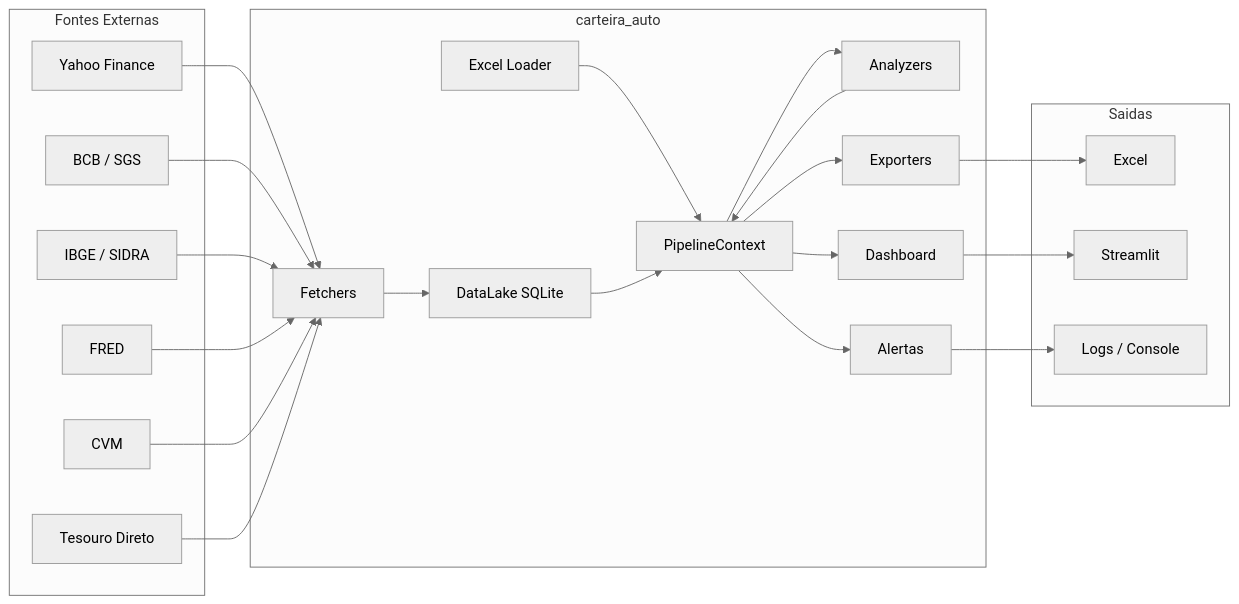
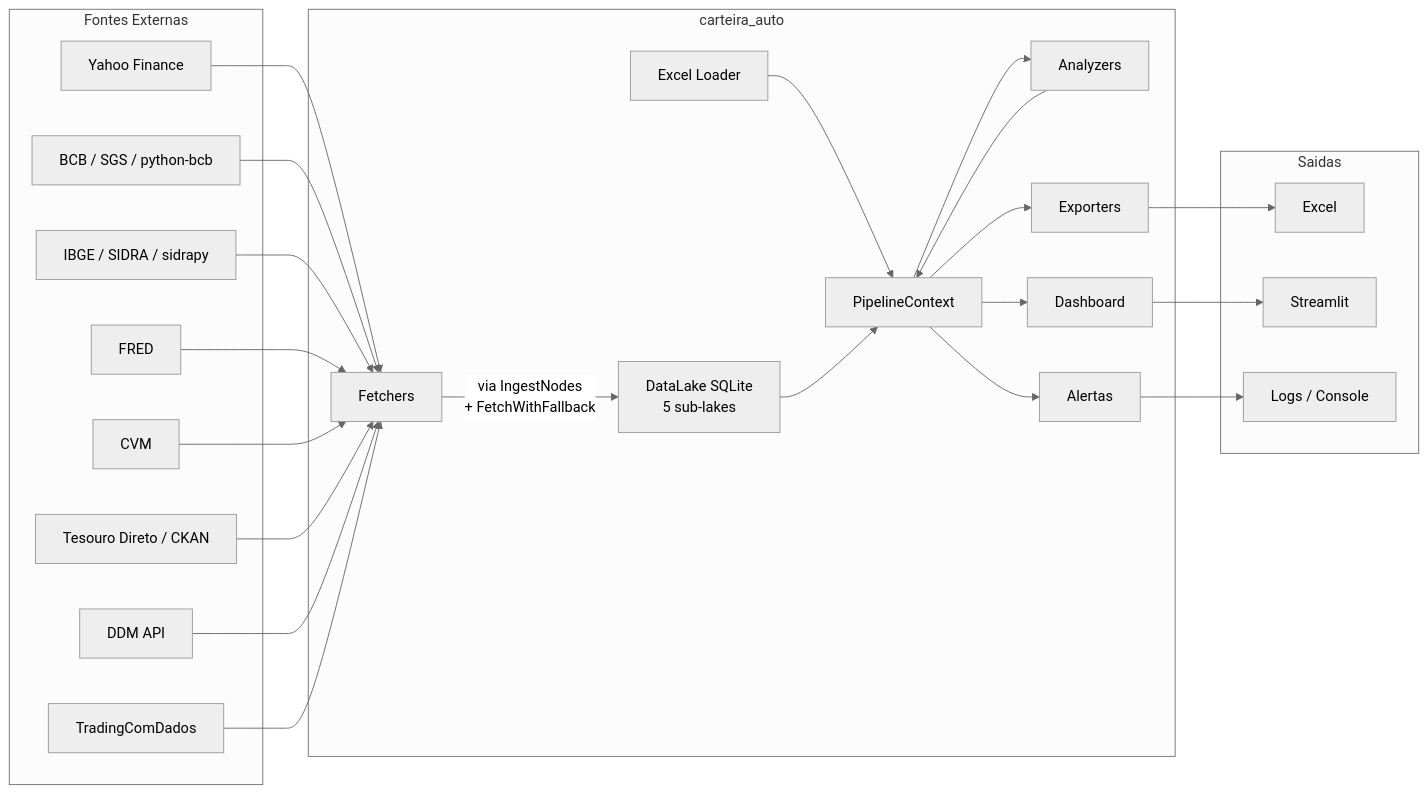
The first of 4 diagrams in docs/system/architecture.md (begalv/carteira_auto), drawn with Mermaid (neutral theme) before and after one commit. The commit also changed other lines of this file and 13 other files, not shown here.

````diff
--- a/docs/system/architecture.md
+++ b/docs/system/architecture.md
@@ -20,39 +20,43 @@
 ```mermaid
 graph LR
     subgraph Fontes Externas
         YF[Yahoo Finance]
-        BCB[BCB / SGS]
-        IBGE[IBGE / SIDRA]
+        BCB[BCB / SGS / python-bcb]
+        IBGE[IBGE / SIDRA / sidrapy]
         FRED[FRED]
         CVM[CVM]
-        TD[Tesouro Direto]
+        TD[Tesouro Direto / CKAN]
+        DDM[DDM API]
+        TC[TradingComDados]
     end
 
     subgraph carteira_auto
-        F[Fetchers] --> L[DataLake SQLite]
+        F[Fetchers] -->|via IngestNodes<br/>+ FetchWithFallback| L[DataLake SQLite<br/>5 sub-lakes]
         XL[Excel Loader] --> CTX[PipelineContext]
         L --> CTX
         CTX --> A[Analyzers]
         A --> CTX
         CTX --> EX[Exporters]
         CTX --> AL[Alertas]
         CTX --> DB[Dashboard]
     end
 
     YF --> F
     BCB --> F
     IBGE --> F
     FRED --> F
     CVM --> F
     TD --> F
+    DDM --> F
+    TC --> F
 
     subgraph Saidas
         XLSX[Excel]
         ST[Streamlit]
         LOG[Logs / Console]
     end
 
     EX --> XLSX
     DB --> ST
     AL --> LOG
 ```
````
